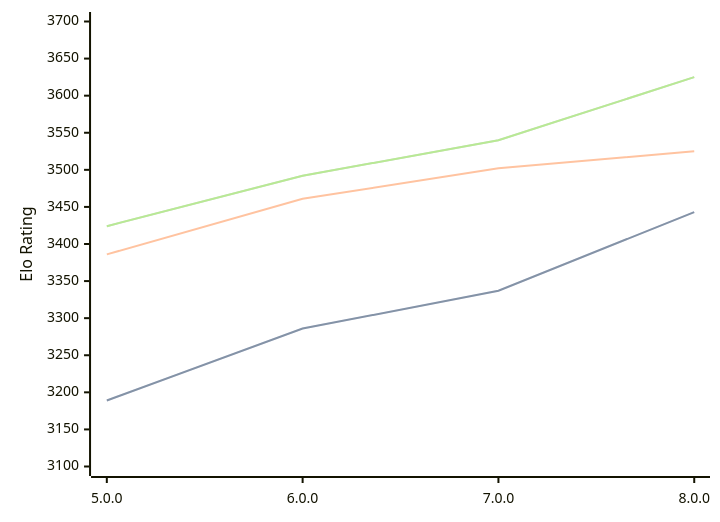
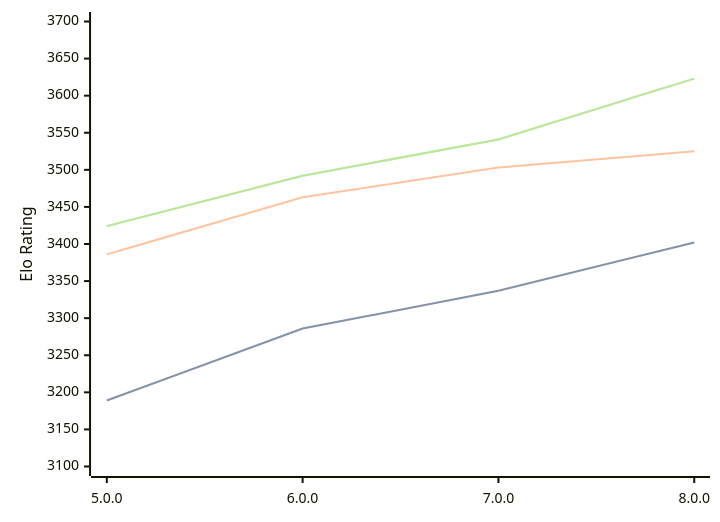
One commit to computer-chess-index/cci changed the third of 3 diagrams in engines/Stormphrax.md. Above: the diagram before and after it, drawn with Mermaid. The commit also changed other lines of this file, not shown here.

Commit message:
Update CCI Ratings (ELO VLTC) - 2026-06-30

````diff
--- a/engines/Stormphrax.md
+++ b/engines/Stormphrax.md
@@ -72,11 +72,11 @@
 ```mermaid
 %%{init: {"theme":"base","themeVariables":{"seriesColors:['#a3a3a3','#222221','#faa371']}}}%%
 xychart-beta
   x-axis ["5.0.0", "6.0.0", "7.0.0", "8.0.0"]
   y-axis "Elo Rating" 3100 --> 3700
-  line "STC (8.0+0.08s)" [3189, 3286, 3337, 3443]
-  line "STC (8.0+0.08s)" [3189, 3286, 3337, 3443]
-  line "LTC (60.0+0.60s)" [3386, 3461, 3502, 3525]
-  line "VLTC (2m24s+1.12s)" [3424, 3492, 3540, 3625]
-  line "VLTC (2m24s+1.12s)" [3424, 3492, 3540, 3625]
+  line "STC (8.0+0.08s)" [3189, 3286, 3337, 3402]
+  line "STC (8.0+0.08s)" [3189, 3286, 3337, 3402]
+  line "LTC (60.0+0.60s)" [3386, 3463, 3503, 3525]
+  line "VLTC (2m24s+1.12s)" [3424, 3492, 3541, 3623]
+  line "VLTC (2m24s+1.12s)" [3424, 3492, 3541, 3623]
 ```
````
